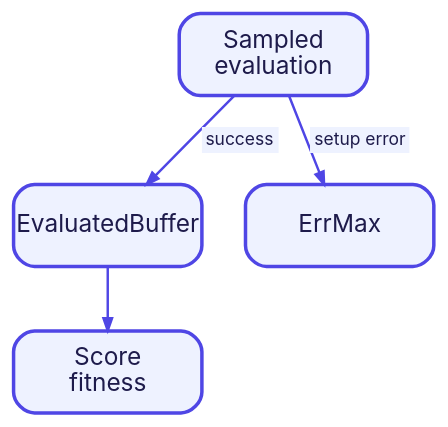
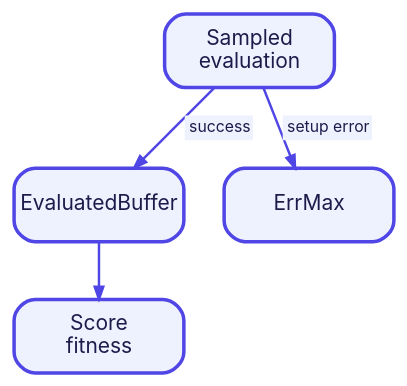
One commit to heal-research/operon changed the diagram in docs/mkdocs/diagrams/evaluation.dot. Above: the diagram before and after it, drawn with Graphviz. The commit also changed 6 other files, not shown here.

Commit message:
Improve diagram label contrast

```diff
--- a/docs/mkdocs/diagrams/evaluation.dot
+++ b/docs/mkdocs/diagrams/evaluation.dot
@@ -1,14 +1,14 @@
 digraph evaluation {
-  graph [rankdir=TB, bgcolor="transparent", nodesep=0.35, ranksep=0.5, pad=0.1];
-  node [shape=box, style="rounded,filled", fillcolor="#EEF2FF", color="#4F46E5", penwidth=2, fontname="Inter", fontsize=14, fontcolor="#1E1B4B", width=1.5, height=0.65, fixedsize=true];
-  edge [color="#4F46E5", penwidth=1.4, arrowsize=0.7, fontname="Inter", fontsize=10, fontcolor="#312E81"];
+  graph [rankdir=TB, bgcolor="transparent", nodesep=0.32, ranksep=0.45, pad=0.08];
+  node [shape=box, style="rounded,filled", fillcolor="#EEF2FF", color="#4F46E5", penwidth=2, fontname="Inter", fontsize=12, fontcolor="#1E1B4B", width=1.35, height=0.58, fixedsize=true];
+  edge [color="#4F46E5", penwidth=1.4, arrowsize=0.7, fontname="Inter", fontsize=9, fontcolor="#6366F1"];
 
   evaluate [label="Sampled\nevaluation"];
   buffer [label="EvaluatedBuffer"];
   score [label="Score\nfitness"];
   error [label="ErrMax"];
 
   evaluate -> buffer [label=<<TABLE BORDER="0" CELLBORDER="0" CELLSPACING="0" CELLPADDING="2" BGCOLOR="#EEF2FF"><TR><TD><FONT COLOR="#1E1B4B">success</FONT></TD></TR></TABLE>>];
   buffer -> score;
   evaluate -> error [label=<<TABLE BORDER="0" CELLBORDER="0" CELLSPACING="0" CELLPADDING="2" BGCOLOR="#EEF2FF"><TR><TD><FONT COLOR="#1E1B4B">setup error</FONT></TD></TR></TABLE>>];
 }
```
